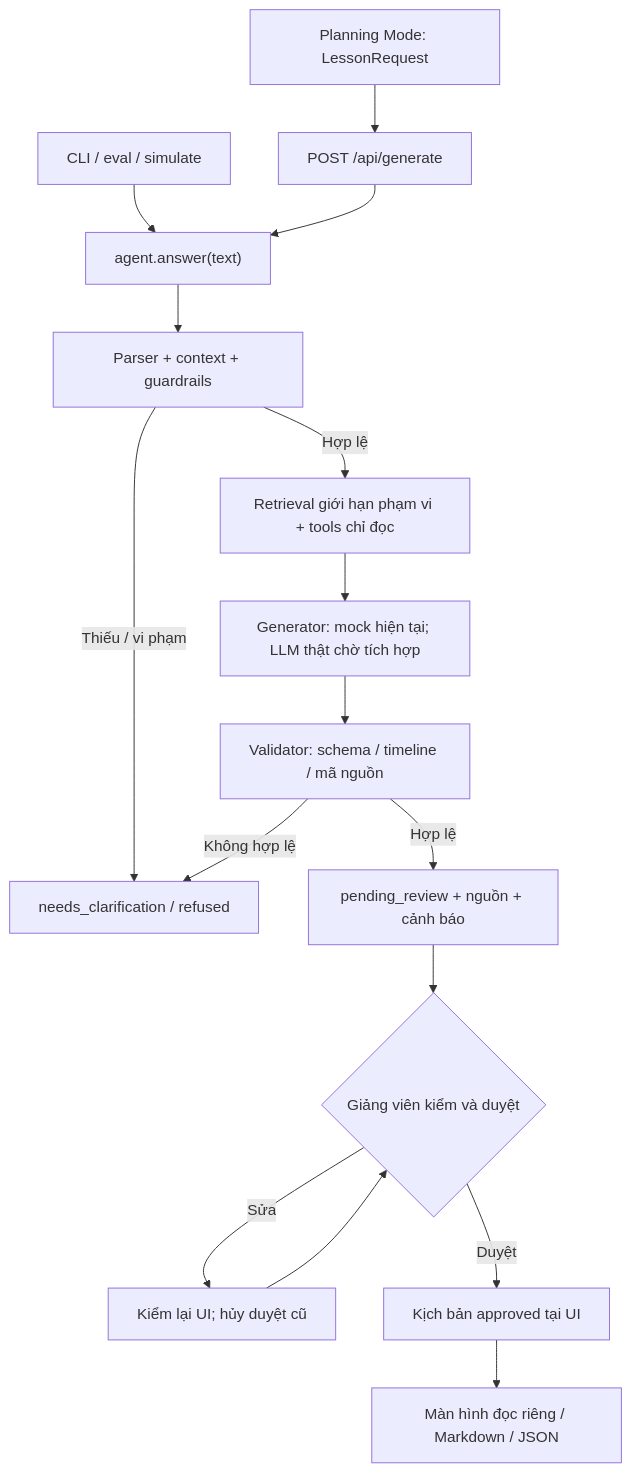
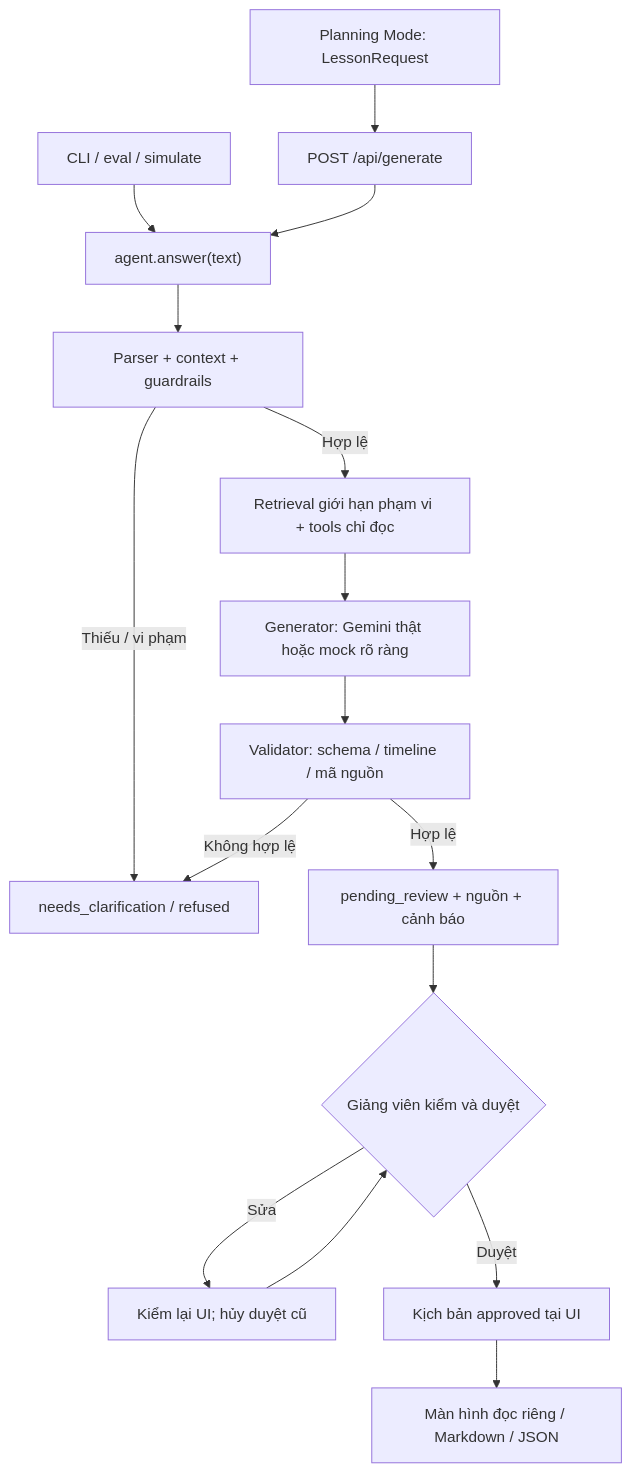
Before and after one commit to killy-mv/K5-Day15-L3A-MDDB: the diagram in spec.md, drawn with Mermaid. The commit also changed other lines of this file and 5 other files, not shown here.

````diff
--- a/spec.md
+++ b/spec.md
@@ -82,18 +82,18 @@
 ```mermaid
 flowchart TD
     A["Planning Mode: LessonRequest"] --> B["POST /api/generate"]
     X["CLI / eval / simulate"] --> C["agent.answer(text)"]
     B --> C
     C --> D["Parser + context + guardrails"]
     D -->|Thiếu / vi phạm| Q["needs_clarification / refused"]
     D -->|Hợp lệ| R["Retrieval giới hạn phạm vi + tools chỉ đọc"]
-    R --> M["Generator: mock hiện tại; LLM thật chờ tích hợp"]
+    R --> M["Generator: Gemini thật hoặc mock rõ ràng"]
     M --> V["Validator: schema / timeline / mã nguồn"]
     V -->|Không hợp lệ| Q
     V -->|Hợp lệ| F["pending_review + nguồn + cảnh báo"]
     F --> G{"Giảng viên kiểm và duyệt"}
     G -->|Sửa| H["Kiểm lại UI; hủy duyệt cũ"]
     H --> G
     G -->|Duyệt| I["Kịch bản approved tại UI"]
     I --> J["Màn hình đọc riêng / Markdown / JSON"]
 ```
````
